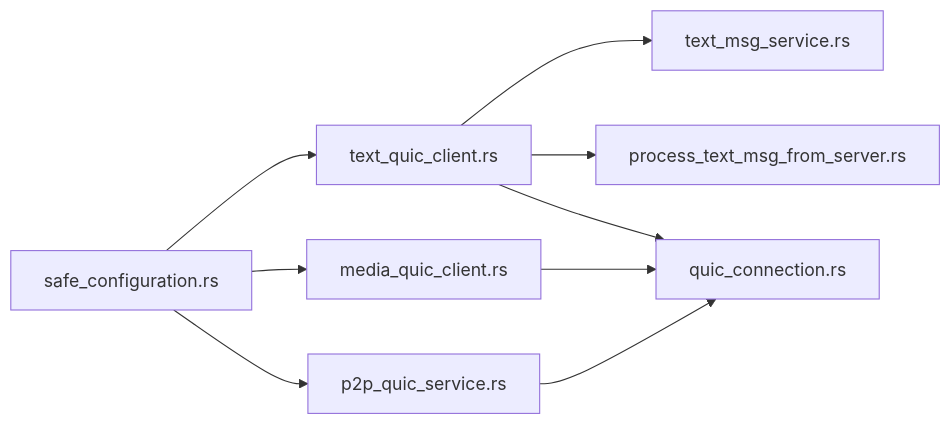
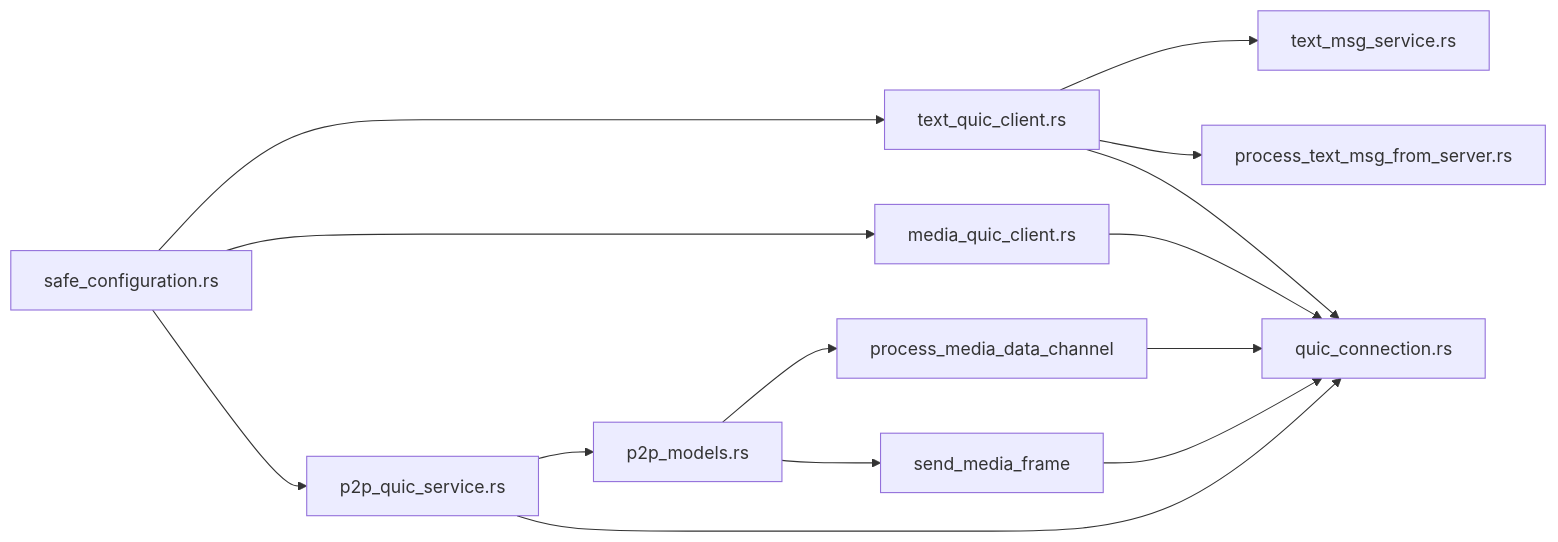
One commit to nicolastinger/only-talk-app changed diagram 11 of 11 in .qoder/repowiki/zh/content/网络通信/QUIC传输层.md. Above: the diagram before and after it, drawn with Mermaid. The commit also changed other lines of this file and 5 other files, not shown here.

````diff
--- a/.qoder/repowiki/zh/content/网络通信/QUIC传输层.md
+++ b/.qoder/repowiki/zh/content/网络通信/QUIC传输层.md
@@ -363,11 +484,16 @@
 ```mermaid
 graph LR
 SAFE["safe_configuration.rs"] --> TXT["text_quic_client.rs"]
 SAFE --> MED["media_quic_client.rs"]
 SAFE --> P2P["p2p_quic_service.rs"]
 TXT --> TXT_SVC["text_msg_service.rs"]
 TXT --> PROC_TXT["process_text_msg_from_server.rs"]
+P2P --> P2P_MODELS["p2p_models.rs"]
 P2P --> QCONN["quic_connection.rs"]
 TXT --> QCONN
 MED --> QCONN
+P2P_MODELS --> PROC_MEDIA["process_media_data_channel"]
+P2P_MODELS --> SEND_MEDIA["send_media_frame"]
+PROC_MEDIA --> QCONN
+SEND_MEDIA --> QCONN
 ```
````
